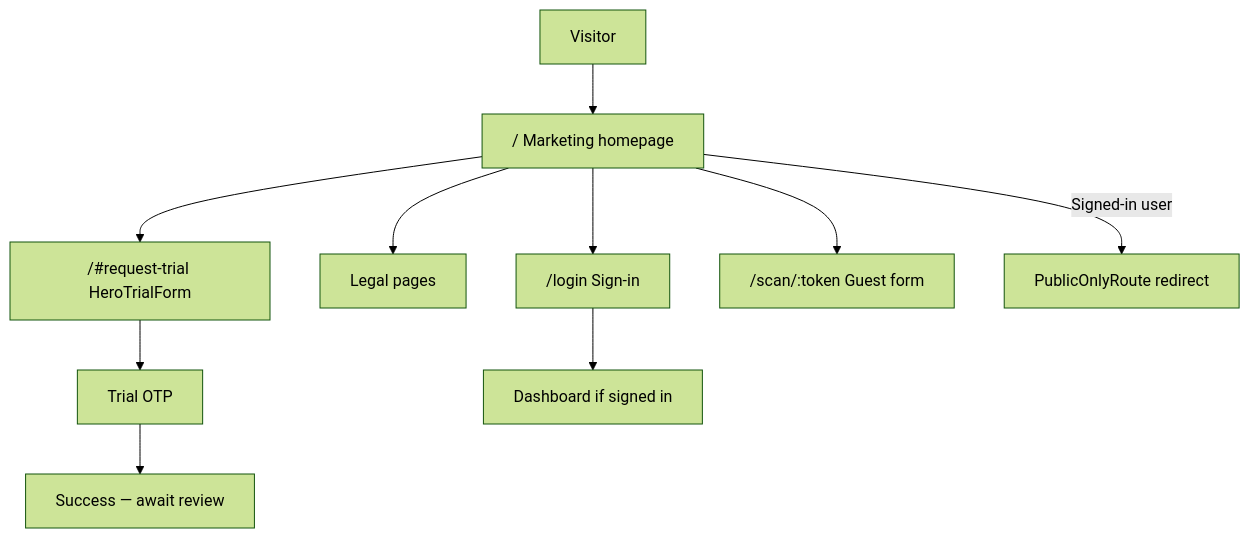
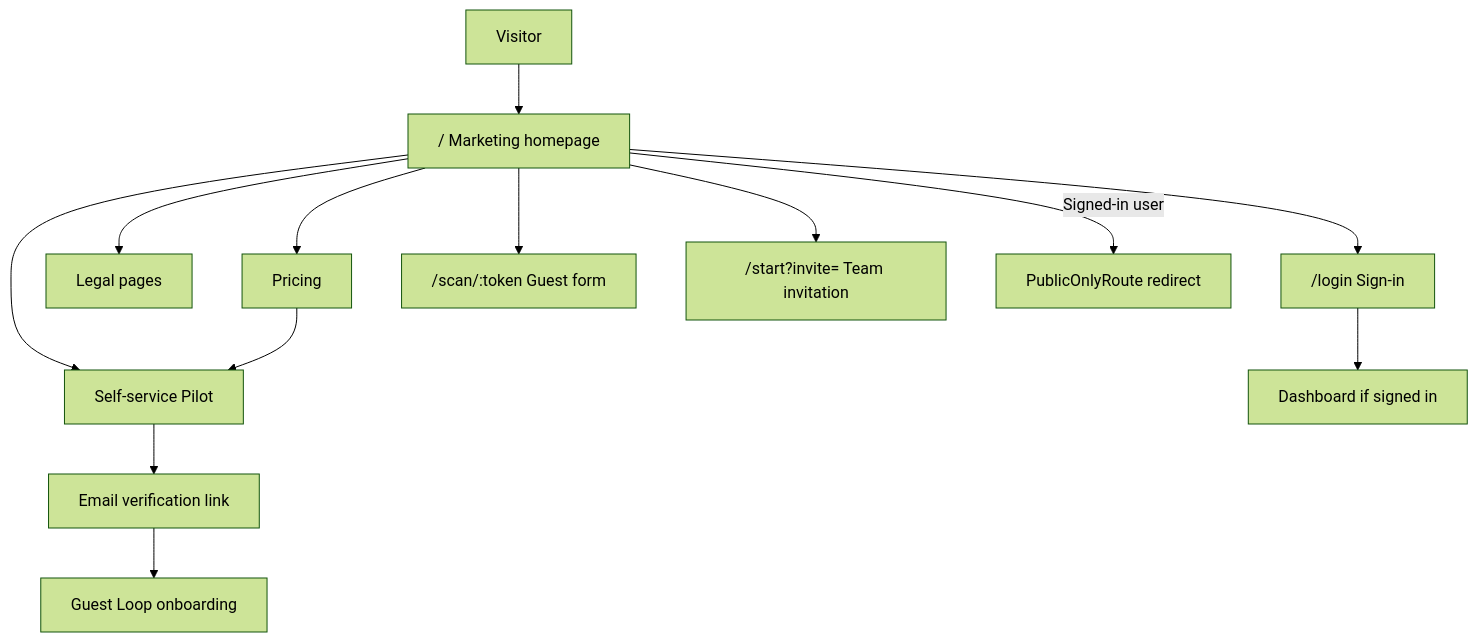
One commit to Tummly/Tummly changed the diagram in docs/product/marketing-site.md. Above: the diagram before and after it, drawn with Mermaid (forest theme). The commit also changed other lines of this file and 11 other files, not shown here.

First line of the commit message:
docs: update CONTEXT.md and related documentation for Self-service Pilot and demo/sales paths

````diff
--- a/docs/product/marketing-site.md
+++ b/docs/product/marketing-site.md
@@ -279,12 +307,15 @@
 ```mermaid
 flowchart TD
     VIS[Visitor] --> HOME["/ Marketing homepage"]
-    HOME --> TR["/#request-trial HeroTrialForm"]
-    TR --> OTP[Trial OTP]
-    OTP --> OK[Success — await review]
+    HOME --> SSP[Self-service Pilot]
+    SSP --> VERIFY[Email verification link]
+    VERIFY --> ONB[Guest Loop onboarding]
+    HOME --> PRICE[Pricing]
+    PRICE --> SSP
     HOME --> LEG[Legal pages]
     HOME --> SI["/login Sign-in"]
     HOME --> GF["/scan/:token Guest form"]
+    HOME --> TEAM["/start?invite= Team invitation"]
     SI --> DASH[Dashboard if signed in]
     HOME -->|Signed-in user| REDIR[PublicOnlyRoute redirect]
 ```
````
